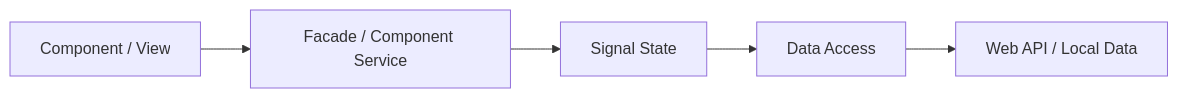
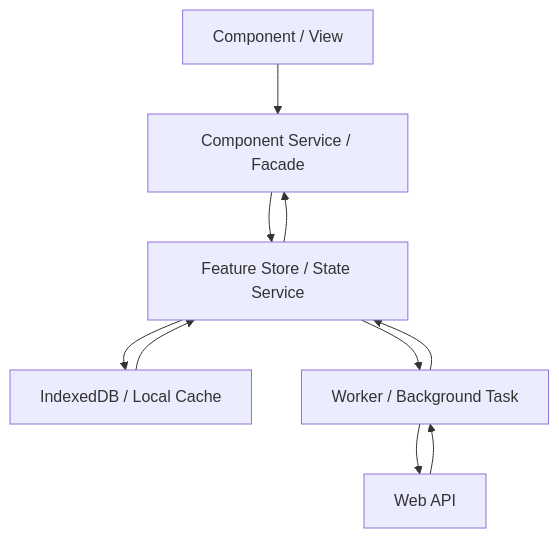
One commit to Heljens-IT-Services/agent-files changed the diagram in agents/DEVELOPER.Angular.md. Above: the diagram before and after it, drawn with Mermaid.

Commit message:
Restore Angular blueprint dataflow diagram

````diff
--- a/agents/DEVELOPER.Angular.md
+++ b/agents/DEVELOPER.Angular.md
@@ -19,7 +19,12 @@
 ```mermaid
-flowchart LR
-    View[Component / View] --> Facade[Facade / Component Service]
-    Facade --> State[Signal State]
-    State --> DataAccess[Data Access]
-    DataAccess --> Api[Web API / Local Data]
+flowchart TD
+    Component[Component / View] --> ComponentService[Component Service / Facade]
+    ComponentService --> Store[Feature Store / State Service]
+    Store --> ComponentService
+    Store --> LocalData[IndexedDB / Local Cache]
+    LocalData --> Store
+    Store --> Worker[Worker / Background Task]
+    Worker --> WebApi[Web API]
+    WebApi --> Worker
+    Worker --> Store
 ```
````
